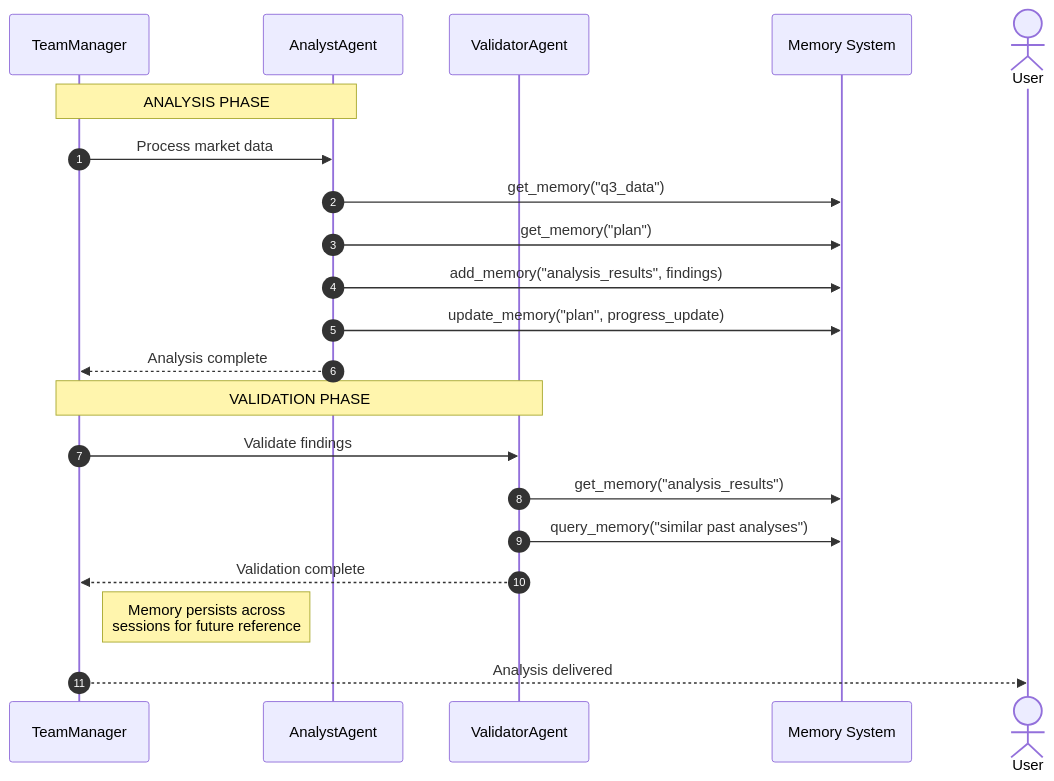
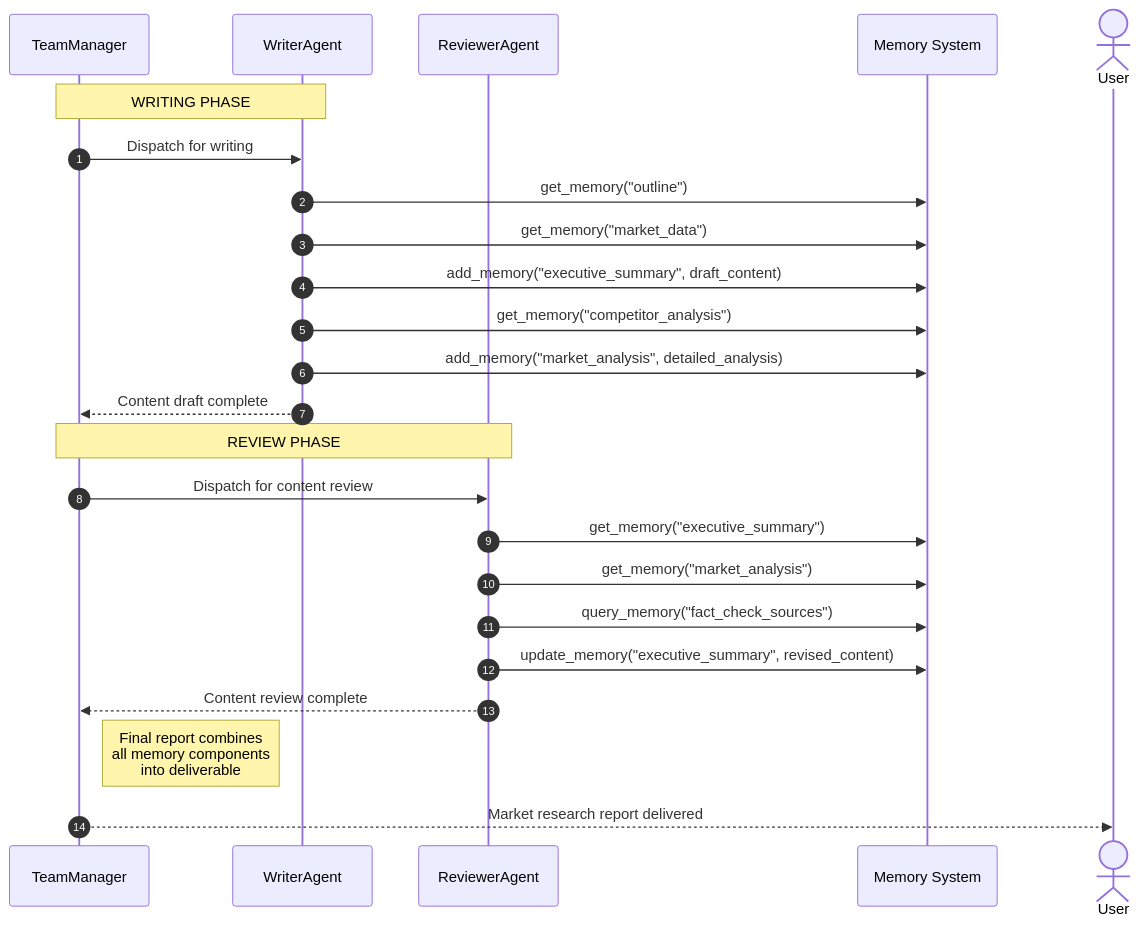
One commit to dustland/roboco changed the fourth of 4 diagrams in docs/system-architecture.md. Above: the diagram before and after it, drawn with Mermaid. The commit also changed other lines of this file and 1 other file, not shown here.

Commit message:
docs: update memory system documentation to reflect new design principles, architecture, and memory management tools

````diff
--- a/docs/system-architecture.md
+++ b/docs/system-architecture.md
@@ -507,27 +572,30 @@
 ```mermaid
 sequenceDiagram
     autonumber
     participant TM as TeamManager
-    participant AA as AnalystAgent
-    participant VA as ValidatorAgent
+    participant WA as WriterAgent
+    participant RevA as ReviewerAgent
     participant MemSys as Memory System
     actor User
 
-    Note over TM,AA: ANALYSIS PHASE
-    TM->>AA: Process market data
-    AA->>MemSys: get_memory("q3_data")
-    AA->>MemSys: get_memory("plan")
-    AA->>MemSys: add_memory("analysis_results", findings)
-    AA->>MemSys: update_memory("plan", progress_update)
-    AA-->>TM: Analysis complete
+    Note over TM,WA: WRITING PHASE
+    TM->>WA: Dispatch for writing
+    WA->>MemSys: get_memory("outline")
+    WA->>MemSys: get_memory("market_data")
+    WA->>MemSys: add_memory("executive_summary", draft_content)
+    WA->>MemSys: get_memory("competitor_analysis")
+    WA->>MemSys: add_memory("market_analysis", detailed_analysis)
+    WA-->>TM: Content draft complete
 
-    Note over TM,VA: VALIDATION PHASE
-    TM->>VA: Validate findings
-    VA->>MemSys: get_memory("analysis_results")
-    VA->>MemSys: query_memory("similar past analyses")
-    VA-->>TM: Validation complete
+    Note over TM,RevA: REVIEW PHASE
+    TM->>RevA: Dispatch for content review
+    RevA->>MemSys: get_memory("executive_summary")
+    RevA->>MemSys: get_memory("market_analysis")
+    RevA->>MemSys: query_memory("fact_check_sources")
+    RevA->>MemSys: update_memory("executive_summary", revised_content)
+    RevA-->>TM: Content review complete
 
-    Note right of TM: Memory persists across<br/>sessions for future reference
+    Note right of TM: Final report combines<br/>all memory components<br/>into deliverable
 
-    TM-->>User: Analysis delivered
+    TM-->>User: Market research report delivered
 ```
````
